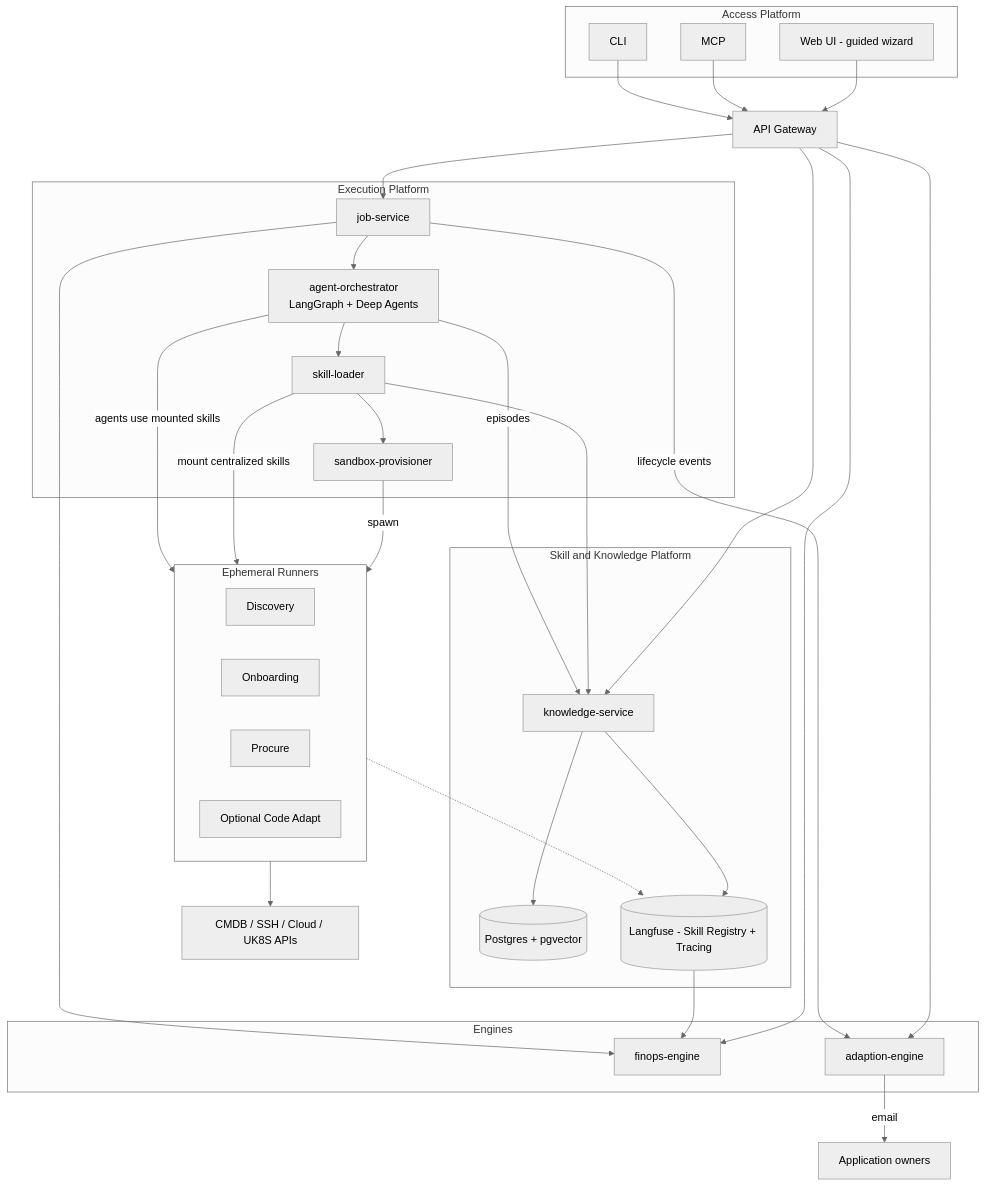
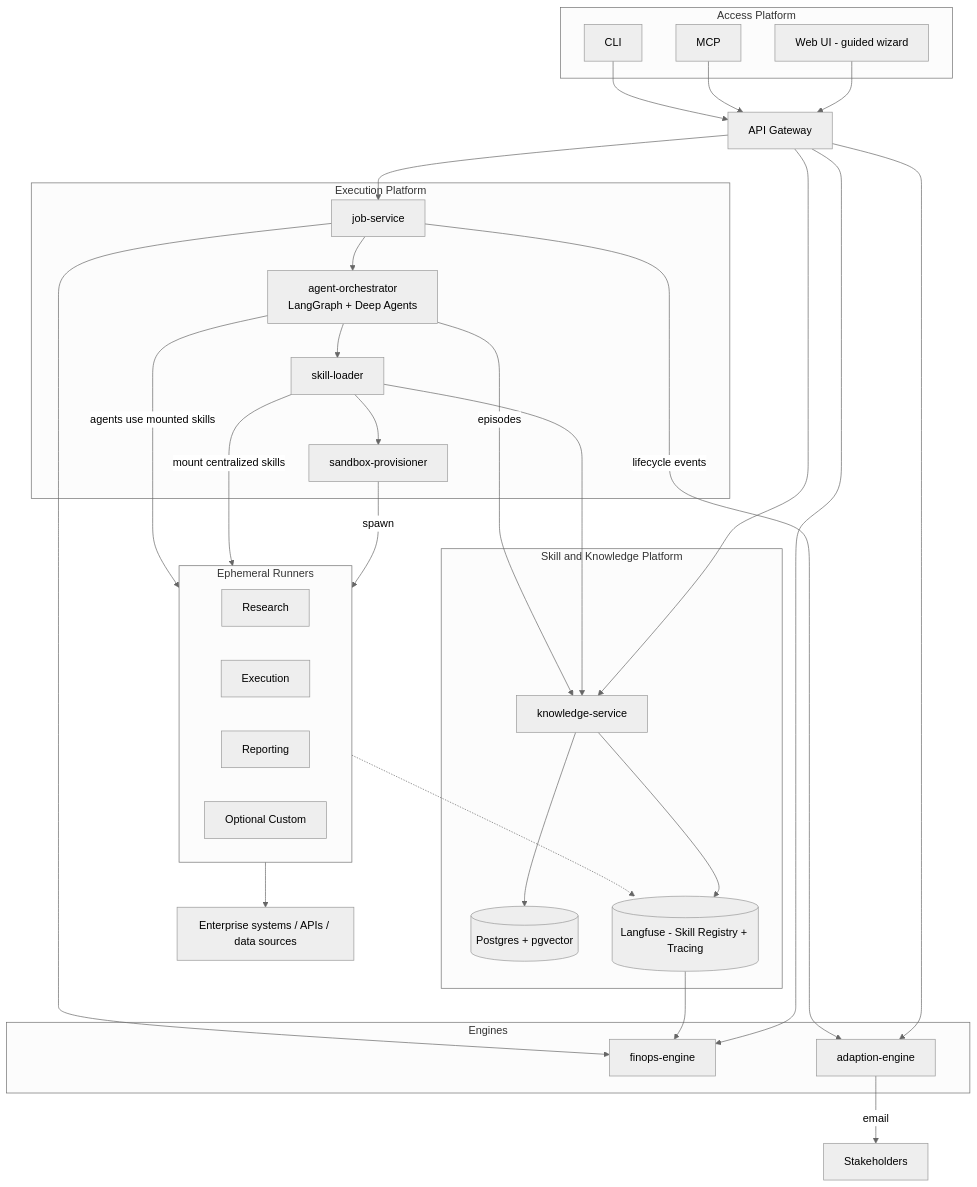
Before and after one commit to shivank22/ICE: the first of 9 diagrams in ARCHITECTURE.md, drawn with Mermaid (neutral theme). The commit also changed other lines of this file and 45 other files, not shown here.

````diff
--- a/ARCHITECTURE.md
+++ b/ARCHITECTURE.md
@@ -65,61 +65,61 @@
 ```mermaid
 flowchart TD
     subgraph access [Access Platform]
         UI["Web UI - guided wizard"]
         MCP["MCP"]
         CLI["CLI"]
     end
 
     GW["API Gateway"]
 
     subgraph knowledge [Skill and Knowledge Platform]
         KS["knowledge-service"]
         PG[("Postgres + pgvector")]
         LF[("Langfuse - Skill Registry + Tracing")]
     end
 
     subgraph execution [Execution Platform]
         Job["job-service"]
         Orch["agent-orchestrator\nLangGraph + Deep Agents"]
         Loader["skill-loader"]
         Prov["sandbox-provisioner"]
     end
 
     subgraph engines [Engines]
         FinOps["finops-engine"]
         Adapt["adaption-engine"]
     end
 
     UI --> GW
     MCP --> GW
     CLI --> GW
     GW --> Job
     GW --> KS
     GW --> FinOps
     GW --> Adapt
 
     Job --> Orch
     Orch --> Loader
     Loader --> KS
     KS --> PG
     KS --> LF
     Loader --> Prov
 
     subgraph runners [Ephemeral Runners]
-        D["Discovery"]
-        O["Onboarding"]
-        P["Procure"]
-        A["Optional Code Adapt"]
+        R["Research"]
+        E["Execution"]
+        Rep["Reporting"]
+        C["Optional Custom"]
     end
 
     Prov -->|"spawn"| runners
     Loader -->|"mount centralized skills"| runners
     Orch -->|"agents use mounted skills"| runners
-    runners --> Ext["CMDB / SSH / Cloud / UK8S APIs"]
+    runners --> Ext["Enterprise systems / APIs / data sources"]
     runners -.-> LF
     Orch -->|"episodes"| KS
     LF --> FinOps
     Job --> FinOps
     Job -->|"lifecycle events"| Adapt
-    Adapt -->|"email"| Owners["Application owners"]
+    Adapt -->|"email"| Owners["Stakeholders"]
 ```
````
